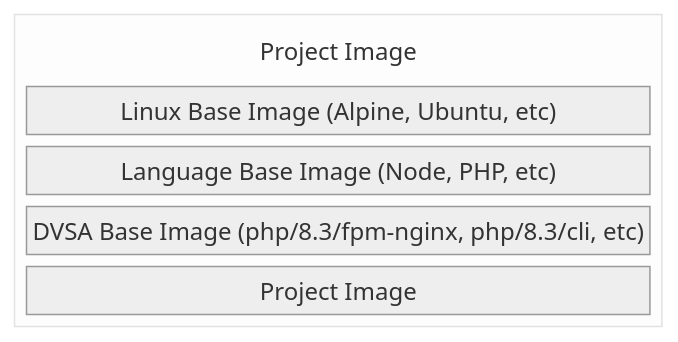
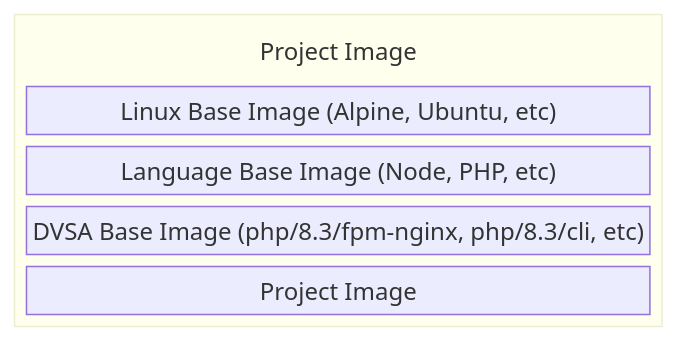
One commit to dvsa/dvsa-docker-images changed the first of 2 diagrams in README.md. Above: the diagram before and after it, drawn with Mermaid.

Commit message:
docs: remove Mermaid custom styling

````diff
--- a/README.md
+++ b/README.md
@@ -17,16 +17,12 @@
 ```mermaid
----
-config:
-    theme: neutral
----
 block-beta
     block:image
         columns 1
         label["Project Image"]
         linux["Linux Base Image (Alpine, Ubuntu, etc)"]
         language["Language Base Image (Node, PHP, etc)"]
         base["DVSA Base Image (php/8.3/fpm-nginx, php/8.3/cli, etc)"]
         project["Project Image"]
         style label fill:transparent,stroke:0,stroke-width:0
     end
 ```
````
